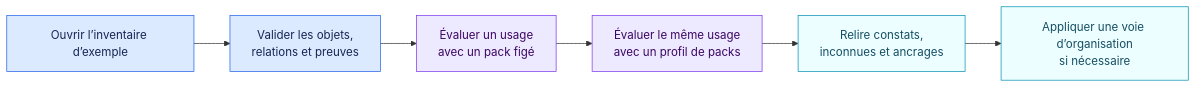
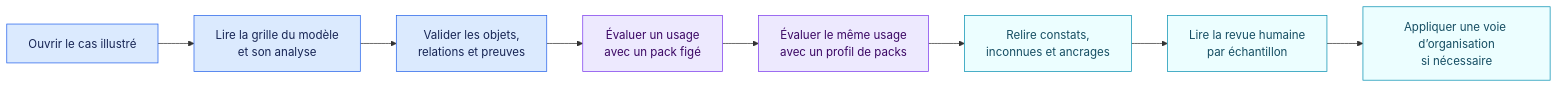
The diagram in docs/fr/demarrage.md (NickChaps/Open-AIRS), drawn with Mermaid before and after one commit. The commit also changed other lines of this file and 41 other files, not shown here.

````diff
--- a/docs/fr/demarrage.md
+++ b/docs/fr/demarrage.md
@@ -5,15 +5,17 @@
 ```mermaid
 flowchart LR
-    O["Ouvrir l’inventaire d’exemple"] --> V["Valider les objets,<br/>relations et preuves"]
+    O["Ouvrir le cas illustré"] --> X["Lire la grille du modèle<br/>et son analyse"]
+    X --> V["Valider les objets,<br/>relations et preuves"]
     V --> A["Évaluer un usage<br/>avec un pack figé"]
     A --> P["Évaluer le même usage<br/>avec un profil de packs"]
     P --> R["Relire constats,<br/>inconnues et ancrages"]
-    R --> W["Appliquer une voie d’organisation<br/>si nécessaire"]
+    R --> H["Lire la revue humaine<br/>par échantillon"]
+    H --> W["Appliquer une voie d’organisation<br/>si nécessaire"]
 
     classDef input fill:#dbeafe,stroke:#2563eb,color:#172554
     classDef engine fill:#ede9fe,stroke:#7c3aed,color:#3b0764
     classDef result fill:#ecfeff,stroke:#0891b2,color:#164e63
-    class O,V input
+    class O,X,V input
     class A,P engine
-    class R,W result
+    class R,H,W result
 ```
````
